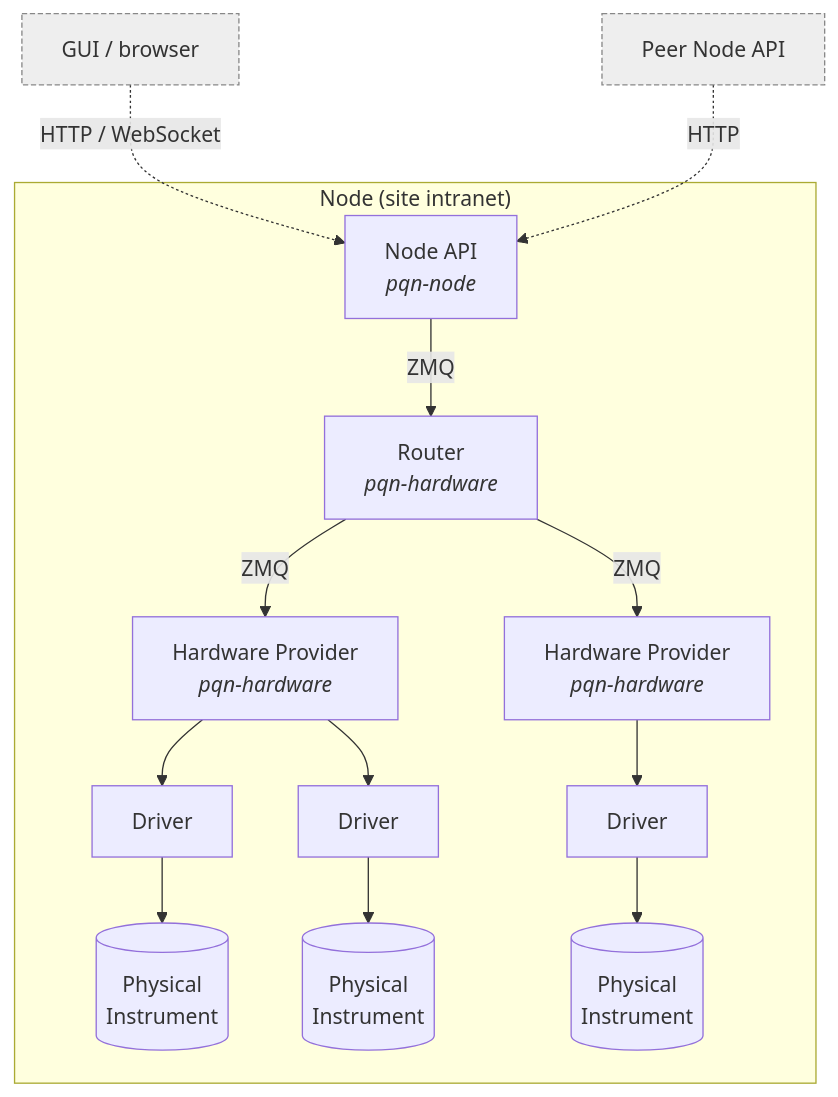
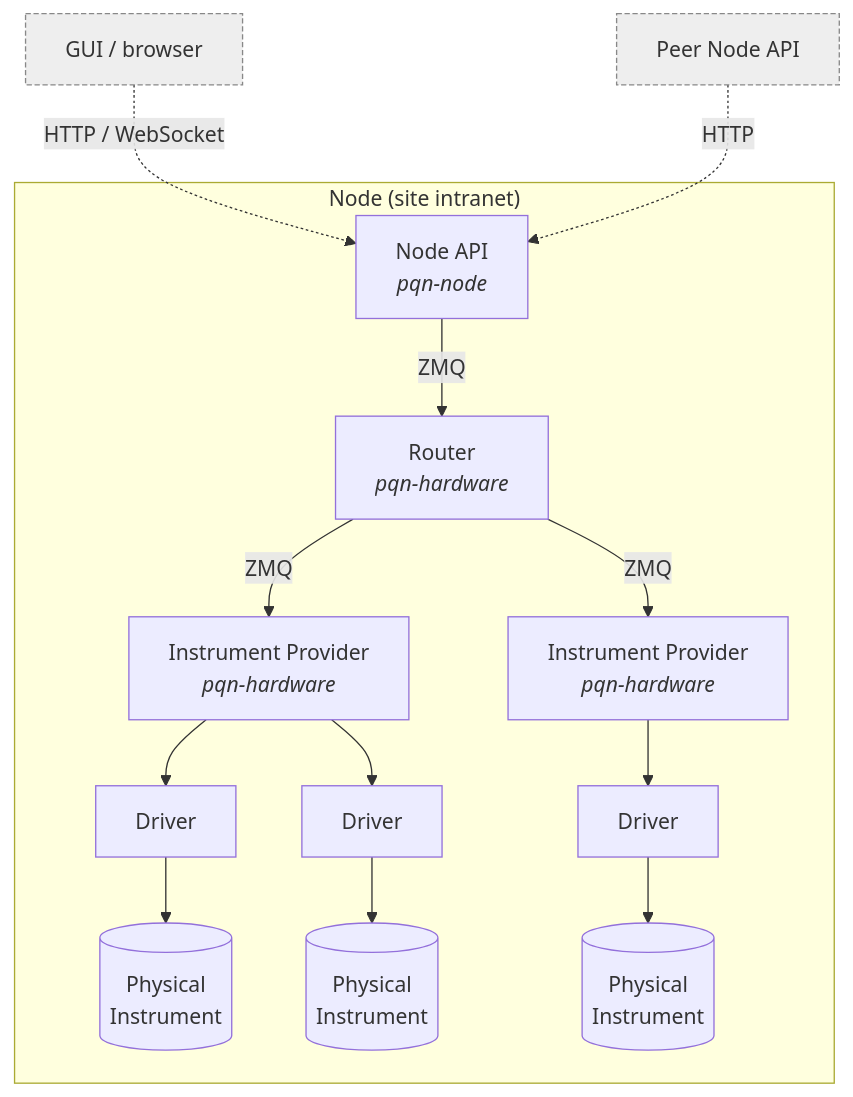
Before and after one commit to PublicQuantumNetwork/pqn-docs: the second of 5 diagrams in docs/overview/software-map.md, drawn with Mermaid. The commit also changed other lines of this file and 6 other files, not shown here.

Commit message:
Refine documentation to align terminology (`Instrument Provider`), add placeholders for detailed content, and improve clarity in structure and language.

````diff
--- a/docs/overview/software-map.md
+++ b/docs/overview/software-map.md
@@ -45,32 +45,32 @@
 ```{mermaid}
 flowchart TB
     GUI[GUI / browser]:::ext
     Peer[Peer Node API]:::ext
 
     subgraph Node["Node (site intranet)"]
         API[Node API<br/><i>pqn-node</i>]
         Router[Router<br/><i>pqn-hardware</i>]
-        Provider1[Hardware Provider<br/><i>pqn-hardware</i>]
-        Provider2[Hardware Provider<br/><i>pqn-hardware</i>]
+        Provider1[Instrument Provider<br/><i>pqn-hardware</i>]
+        Provider2[Instrument Provider<br/><i>pqn-hardware</i>]
         Driver1[Driver]
         Driver2[Driver]
         Driver3[Driver]
         Instr1[(Physical<br/>Instrument)]
         Instr2[(Physical<br/>Instrument)]
         Instr3[(Physical<br/>Instrument)]
     end
 
     GUI -.HTTP / WebSocket.-> API
     Peer -.HTTP.-> API
     API -- ZMQ --> Router
     Router -- ZMQ --> Provider1
     Router -- ZMQ --> Provider2
     Provider1 --> Driver1
     Provider1 --> Driver2
     Provider2 --> Driver3
     Driver1 --> Instr1
     Driver2 --> Instr2
     Driver3 --> Instr3
 
     classDef ext fill:#eee,stroke:#888,stroke-dasharray: 4 2;
 ```
````
